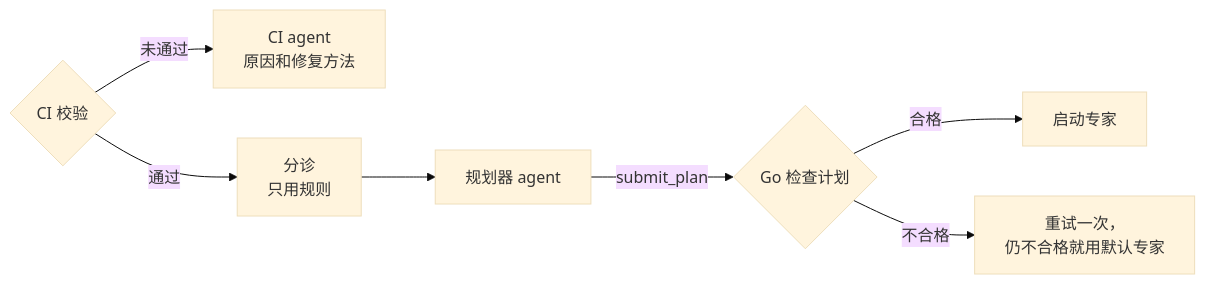
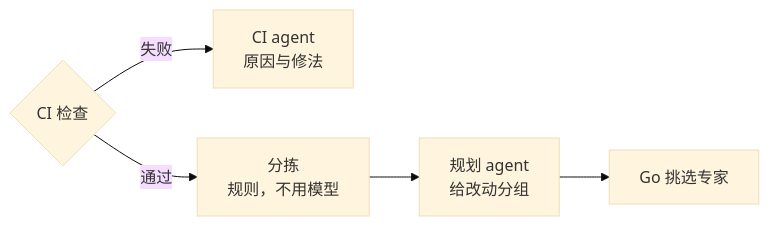
One commit to Pleasurecruise/eyeful changed the diagram in docs/zh/PLANNER.md. Above: the diagram before and after it, drawn with Mermaid (base theme). The commit also changed other lines of this file and 51 other files, not shown here.

````diff
--- a/docs/zh/PLANNER.md
+++ b/docs/zh/PLANNER.md
@@ -5,9 +5,7 @@
 ```mermaid
 flowchart LR
-    ci{"CI 校验"} -->|未通过| diagnose["CI agent<br/>原因和修复方法"]
-    ci -->|通过| triage["分诊<br/>只用规则"]
-    triage --> planner["规划器 agent"]
-    planner -->|submit_plan| check{"Go 检查计划"}
-    check -->|合格| run["启动专家"]
-    check -->|不合格| retry["重试一次，<br/>仍不合格就用默认专家"]
+    ci{"CI 检查"} -->|失败| diagnose["CI agent<br/>原因与修法"]
+    ci -->|通过| triage["分拣<br/>规则，不用模型"]
+    triage --> planner["规划 agent<br/>给改动分组"]
+    planner --> pick["Go 挑选专家"]
 ```
````
